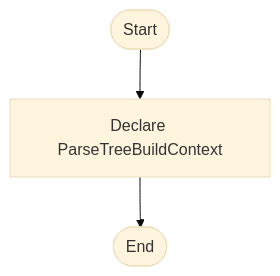
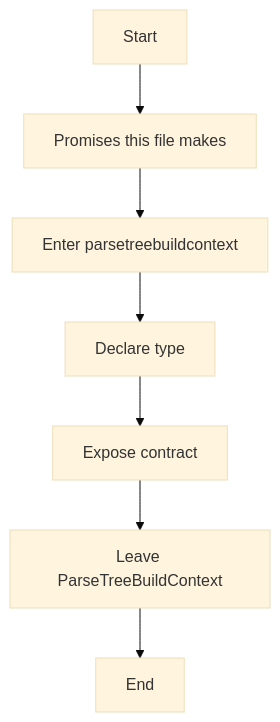
One commit to JohnAndrewBalbarosa/NeoTerritory changed the first of 2 diagrams in docs/Codebase/Microservice/Modules/Header/SyntacticBrokenAST/Pipeline-Contracts/analysis_context.hpp.md. Above: the diagram before and after it, drawn with Mermaid (base theme). The commit also changed other lines of this file and 752 other files, not shown here.

````diff
--- a/docs/Codebase/Microservice/Modules/Header/SyntacticBrokenAST/Pipeline-Contracts/analysis_context.hpp.md
+++ b/docs/Codebase/Microservice/Modules/Header/SyntacticBrokenAST/Pipeline-Contracts/analysis_context.hpp.md
@@ -30,8 +22,16 @@
 ```mermaid
 flowchart TD
-    Start([Start])
-    N0[Declare ParseTreeBuildContext]
-    End([End])
+    Start["Start"]
+    N0["Promises this file makes"]
+    N1["Enter parsetreebuildcontext"]
+    N2["Declare type"]
+    N3["Expose contract"]
+    N4["Leave ParseTreeBuildContext"]
+    End["End"]
     Start --> N0
-    N0 --> End
+    N0 --> N1
+    N1 --> N2
+    N2 --> N3
+    N3 --> N4
+    N4 --> End
 ```
````
